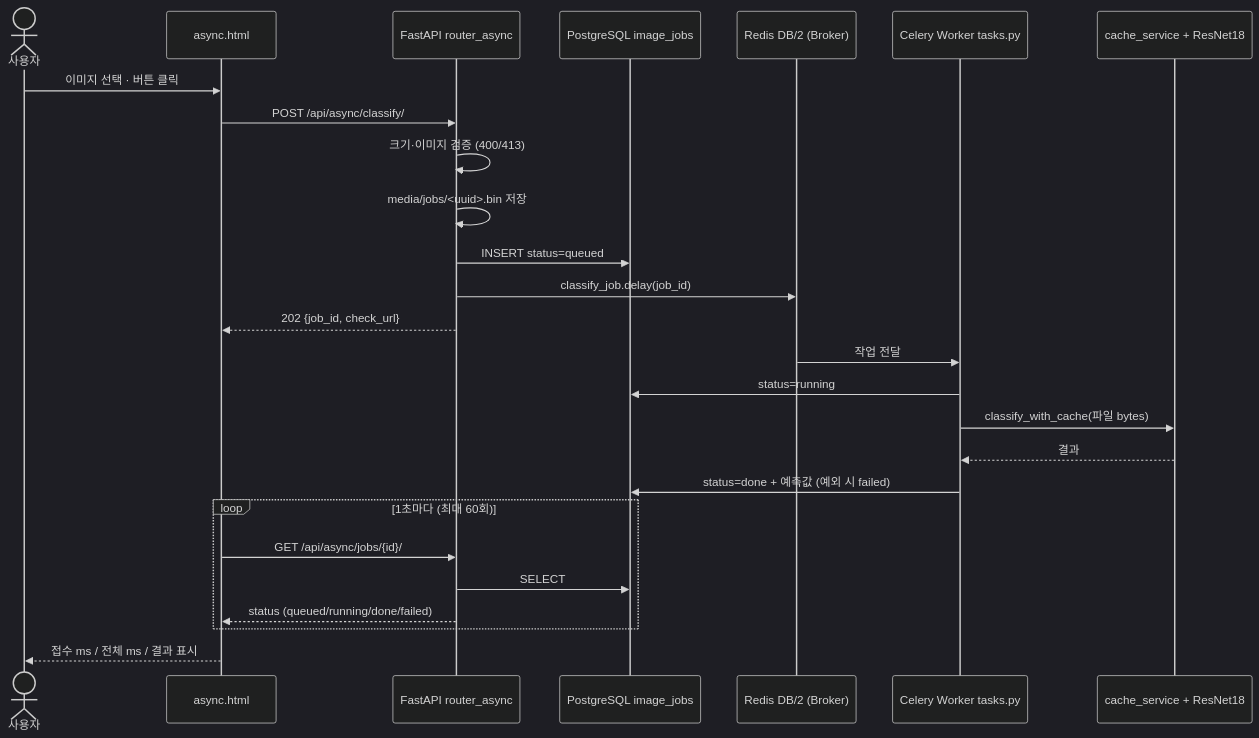
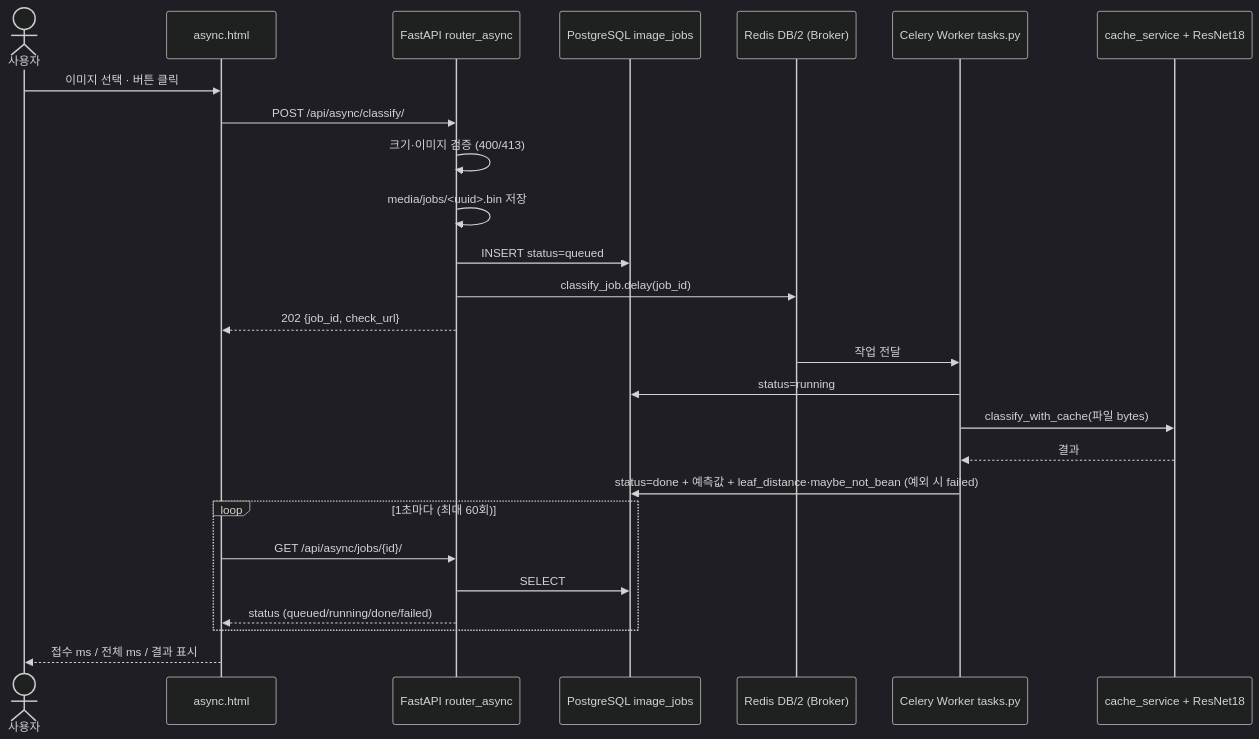
One commit to gksk9063-ops/beans-fastapi changed the second of 3 diagrams in reports/05_AI버튼_처리흐름.md. Above: the diagram before and after it, drawn with Mermaid (dark theme). The commit also changed other lines of this file and 11 other files, not shown here.

````diff
--- a/reports/05_AI버튼_처리흐름.md
+++ b/reports/05_AI버튼_처리흐름.md
@@ -34,28 +35,28 @@
 ```mermaid
 sequenceDiagram
   actor U as 사용자
   participant H as async.html
   participant F as FastAPI router_async
   participant P as PostgreSQL image_jobs
   participant B as Redis DB/2 (Broker)
   participant W as Celery Worker tasks.py
   participant C as cache_service + ResNet18
   U->>H: 이미지 선택 · 버튼 클릭
   H->>F: POST /api/async/classify/
   F->>F: 크기·이미지 검증 (400/413)
   F->>F: media/jobs/<uuid>.bin 저장
   F->>P: INSERT status=queued
   F->>B: classify_job.delay(job_id)
   F-->>H: 202 {job_id, check_url}
   B->>W: 작업 전달
   W->>P: status=running
   W->>C: classify_with_cache(파일 bytes)
   C-->>W: 결과
-  W->>P: status=done + 예측값 (예외 시 failed)
+  W->>P: status=done + 예측값 + leaf_distance·maybe_not_bean (예외 시 failed)
   loop 1초마다 (최대 60회)
     H->>F: GET /api/async/jobs/{id}/
     F->>P: SELECT
     F-->>H: status (queued/running/done/failed)
   end
   H-->>U: 접수 ms / 전체 ms / 결과 표시
 ```
````
